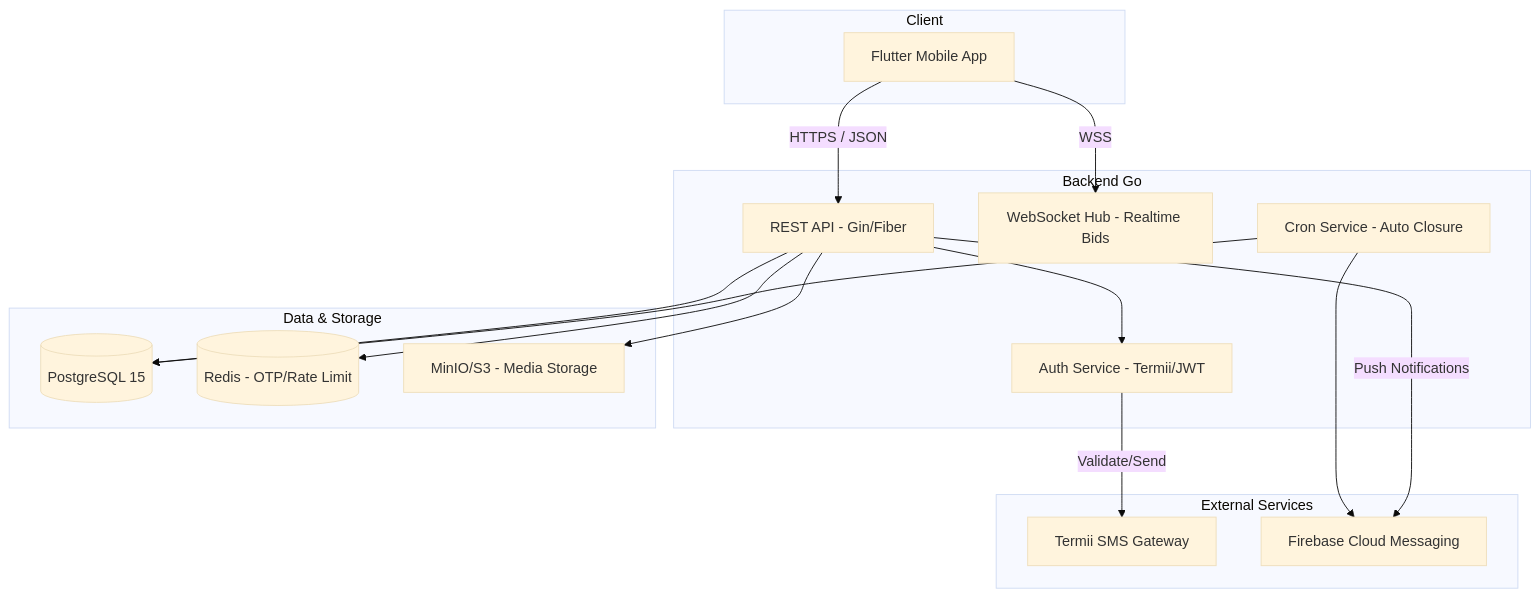
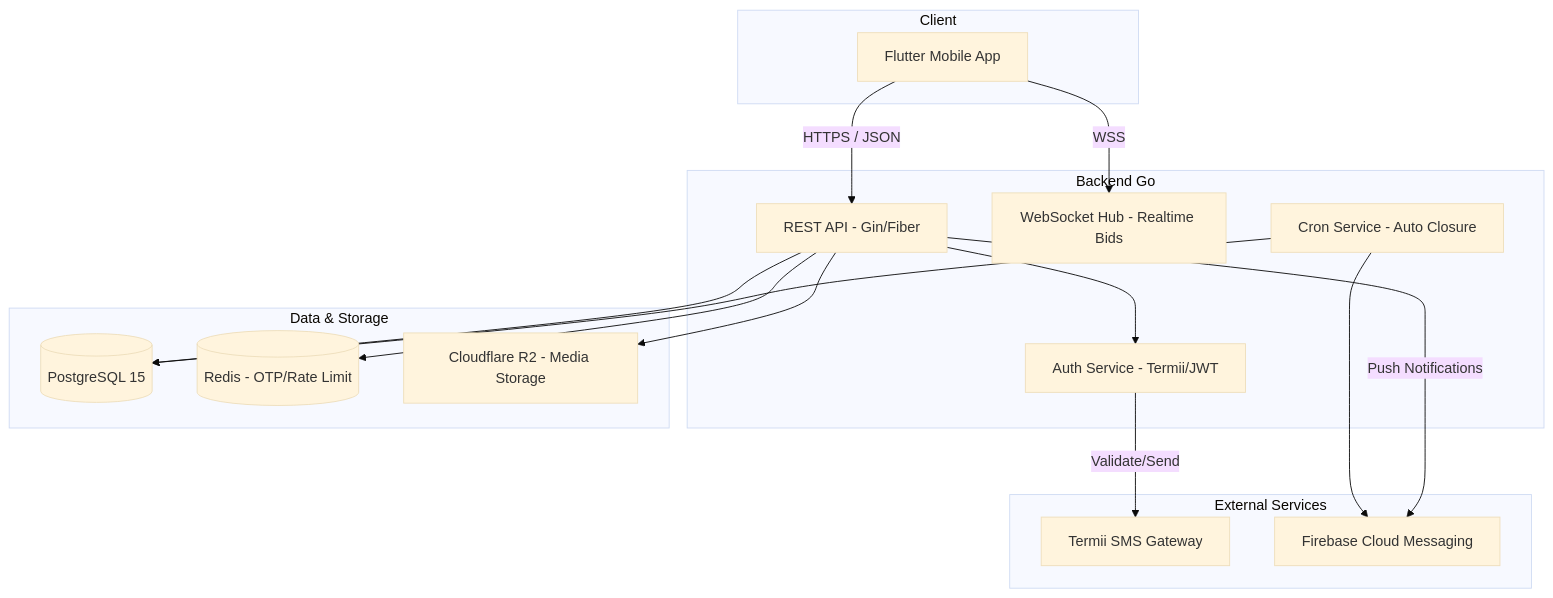
Before and after one commit to saadmedaly/MazadPay: the first of 4 diagrams in CONCEPTION.md, drawn with Mermaid (base theme). The commit also changed other lines of this file and 44 other files, not shown here.

````diff
--- a/CONCEPTION.md
+++ b/CONCEPTION.md
@@ -12,35 +12,35 @@
 ```mermaid
 graph TD
     subgraph Client
         App[Flutter Mobile App]
     end
 
     subgraph "Backend Go"
         API[REST API - Gin/Fiber]
         WS[WebSocket Hub - Realtime Bids]
         Cron[Cron Service - Auto Closure]
         Auth[Auth Service - Termii/JWT]
     end
 
     subgraph "Data & Storage"
         DB[(PostgreSQL 15)]
         Cache[(Redis - OTP/Rate Limit)]
-        S3[MinIO/S3 - Media Storage]
+        S3[Cloudflare R2 - Media Storage]
     end
 
     subgraph "External Services"
         Termii[Termii SMS Gateway]
         FCM[Firebase Cloud Messaging]
     end
 
     App -- "HTTPS / JSON" --> API
     App -- "WSS" --> WS
     API --> Auth
     Auth -- "Validate/Send" --> Termii
     API --> DB
     API --> Cache
     API --> S3
     Cron --> DB
     Cron --> FCM
     API -- "Push Notifications" --> FCM
 ```
````
